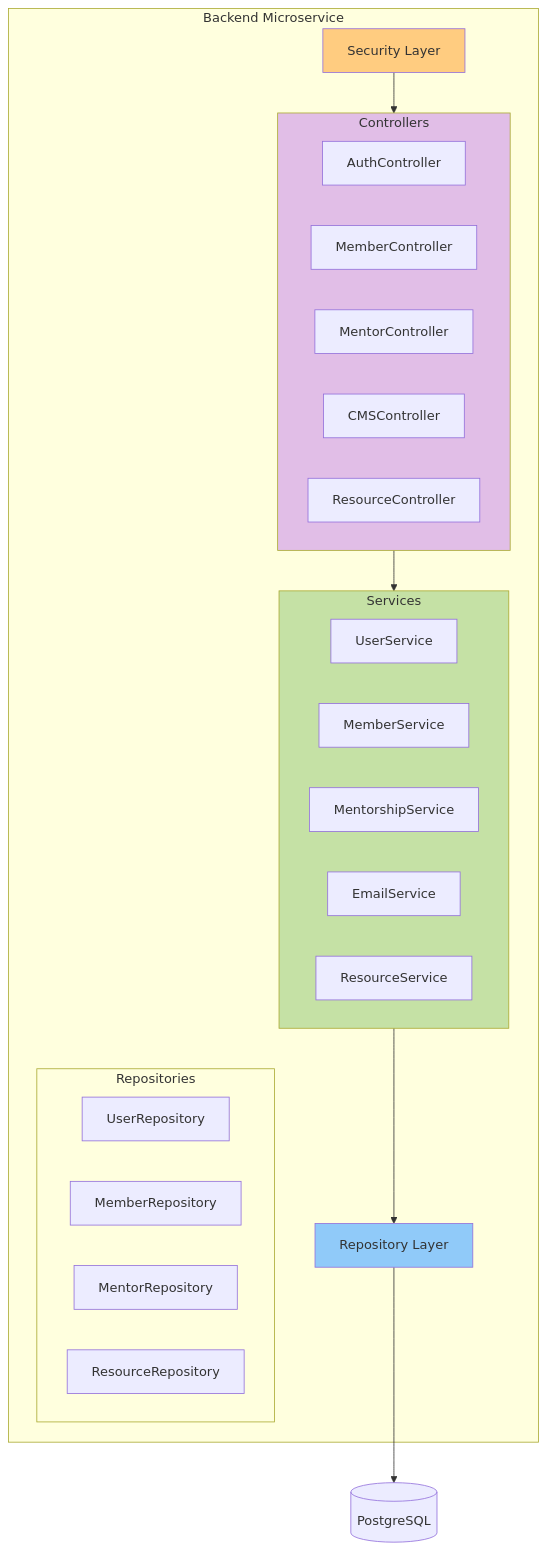
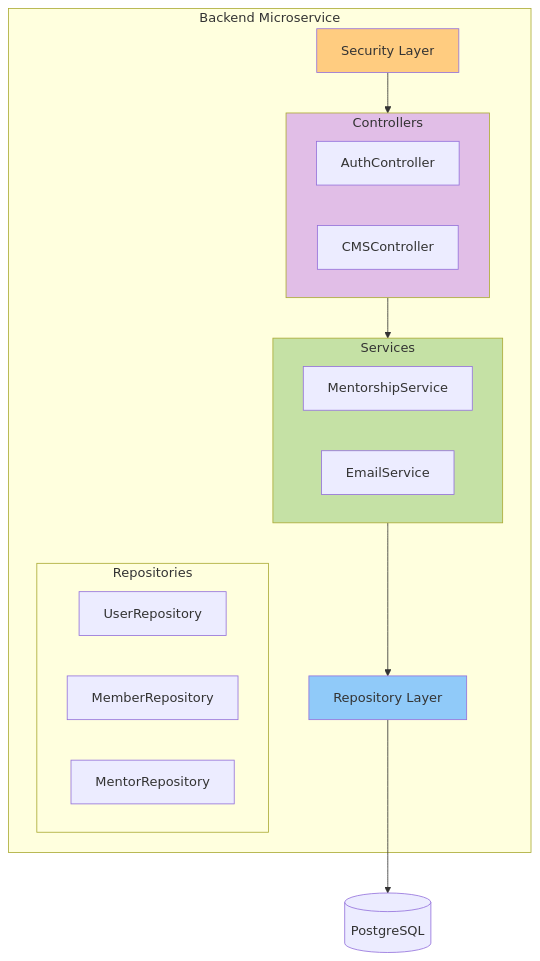
The second of 8 diagrams in docs/wcc-system-diagrams.md (Women-Coding-Community/wcc-backend), drawn with Mermaid before and after one commit. The commit also changed other lines of this file and 1 other file, not shown here.

````diff
--- a/docs/wcc-system-diagrams.md
+++ b/docs/wcc-system-diagrams.md
@@ -48,42 +48,35 @@
 ```mermaid
 graph TB
     subgraph "Backend Microservice"
         Controllers[REST Controllers]
         Services[Service Layer]
         Repos[Repository Layer]
         Security[Security Layer]
 
         subgraph "Controllers"
             AuthCtrl[AuthController]
-            MemberCtrl[MemberController]
-            MentorCtrl[MentorController]
             CMSCtrl[CMSController]
-            ResourceCtrl[ResourceController]
         end
 
         subgraph "Services"
-            UserSvc[UserService]
-            MemberSvc[MemberService]
             MentorSvc[MentorshipService]
             EmailSvc[EmailService]
-            ResourceSvc[ResourceService]
         end
 
         subgraph "Repositories"
             UserRepo[UserRepository]
             MemberRepo[MemberRepository]
             MentorRepo[MentorRepository]
-            ResourceRepo[ResourceRepository]
         end
 
         Controllers --> Services
         Services --> Repos
         Security --> Controllers
     end
 
     Repos --> DB[(PostgreSQL)]
     style Controllers fill: #E1BEE7
     style Services fill: #C5E1A5
     style Repos fill: #90CAF9
     style Security fill: #FFCC80
 ```
````
